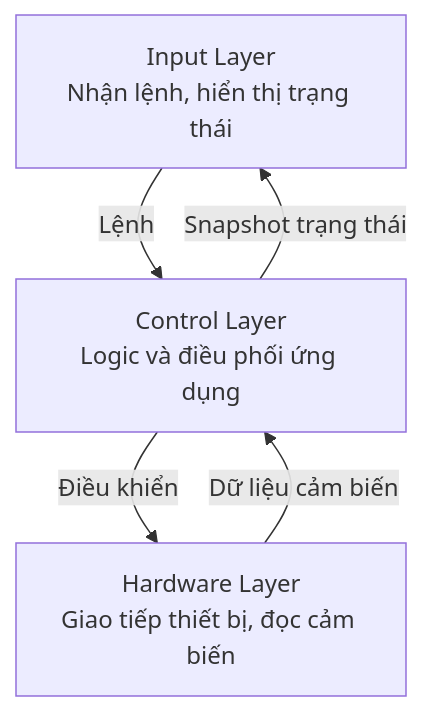
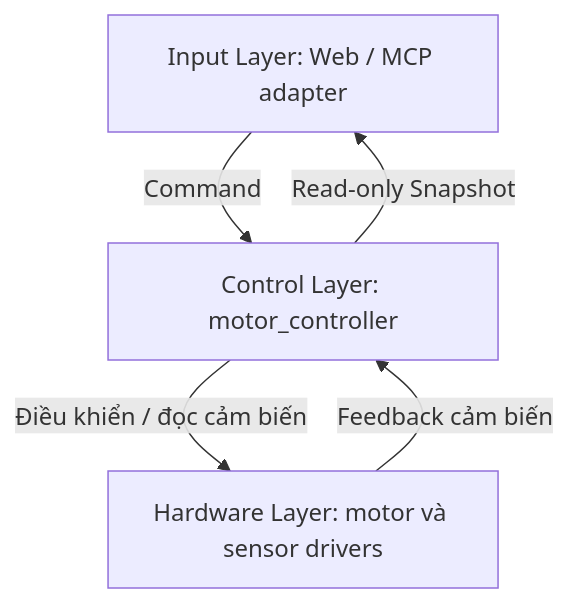
One commit to TDT1401/ESP-IDF_Ruby_RobotCar changed the diagram in docs/ARCHITECTURE.md. Above: the diagram before and after it, drawn with Mermaid. The commit also changed other lines of this file and 4 other files, not shown here.

````diff
--- a/docs/ARCHITECTURE.md
+++ b/docs/ARCHITECTURE.md
@@ -17,11 +7,11 @@
 ```mermaid
 flowchart TB
-    INPUT["Input Layer<br/>Nhận lệnh, hiển thị trạng thái"]
-    CONTROL["Control Layer<br/>Logic và điều phối ứng dụng"]
-    HARDWARE["Hardware Layer<br/>Giao tiếp thiết bị, đọc cảm biến"]
+    INPUT["Input Layer: Web / MCP adapter"]
+    CONTROL["Control Layer: motor_controller"]
+    HARDWARE["Hardware Layer: motor và sensor drivers"]
 
-    INPUT -->|Lệnh| CONTROL
-    CONTROL -->|Điều khiển| HARDWARE
-    HARDWARE -->|Dữ liệu cảm biến| CONTROL
-    CONTROL -->|Snapshot trạng thái| INPUT
+    INPUT -->|Command| CONTROL
+    CONTROL -->|Điều khiển / đọc cảm biến| HARDWARE
+    HARDWARE -->|Feedback cảm biến| CONTROL
+    CONTROL -->|Read-only Snapshot| INPUT
 ```
````
